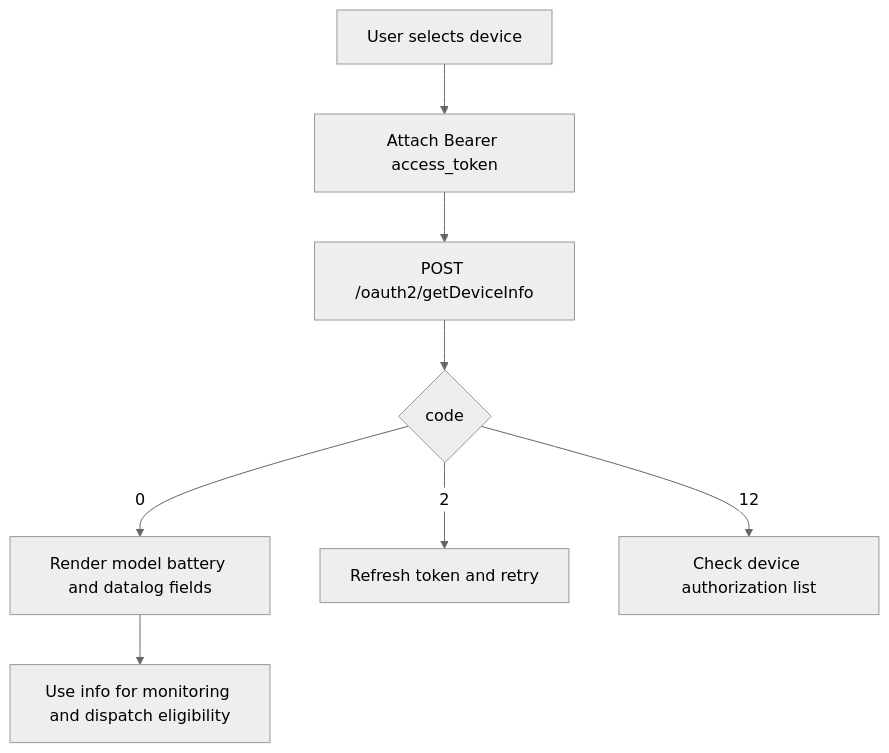
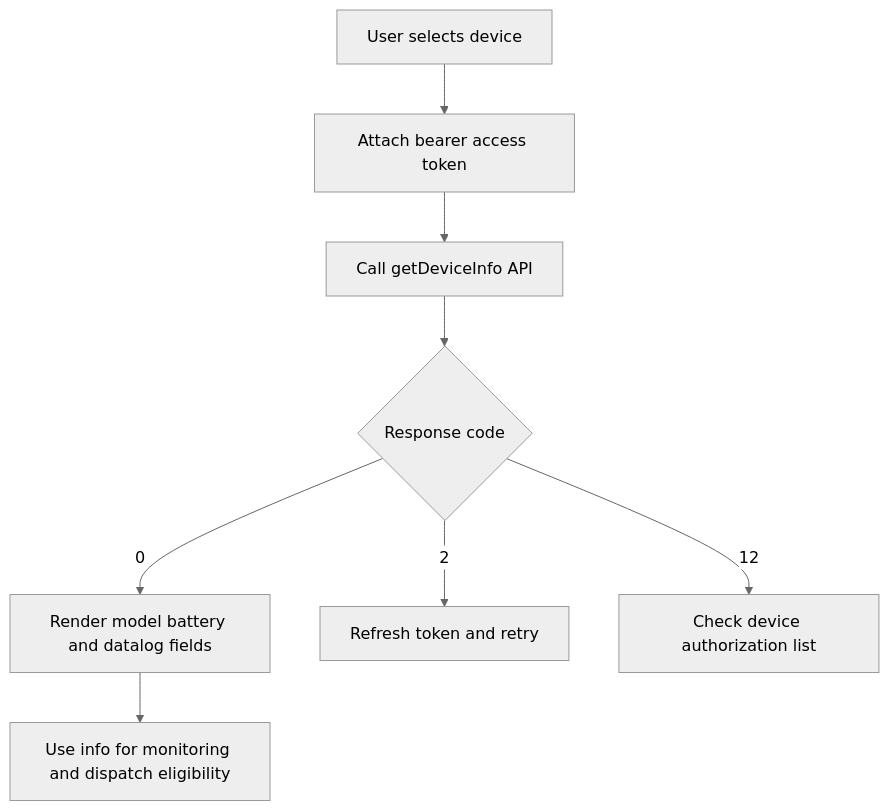
One commit to EugeneJian/growatt-unified-api changed the diagram in Growatt API/OPENAPI/07_api_device_info.md. Above: the diagram before and after it, drawn with Mermaid (neutral theme). The commit also changed 12 other files, not shown here.

First line of the commit message:
[docs]已按你给的 Mermaid代码的终极准则 4.1 对仓库内 全部 Mermaid 做了加固。

````diff
--- a/Growatt API/OPENAPI/07_api_device_info.md
+++ b/Growatt API/OPENAPI/07_api_device_info.md
@@ -17,10 +17,11 @@
 ```mermaid
+%% 本代码严格遵循AI生成Mermaid代码的终极准则v4.1（Mermaid终极大师）
 flowchart TD
-    A[User selects device] --> B[Attach Bearer access_token]
-    B --> C[POST /oauth2/getDeviceInfo]
-    C --> D{code}
-    D -->|0| E[Render model battery and datalog fields]
-    D -->|2| F[Refresh token and retry]
-    D -->|12| G[Check device authorization list]
-    E --> H[Use info for monitoring and dispatch eligibility]
+    A["User selects device"] --> B["Attach bearer access token"]
+    B --> C["Call getDeviceInfo API"]
+    C --> D{"Response code"}
+    D -->|"0"| E["Render model battery and datalog fields"]
+    D -->|"2"| F["Refresh token and retry"]
+    D -->|"12"| G["Check device authorization list"]
+    E --> H["Use info for monitoring and dispatch eligibility"]
 ```
````
